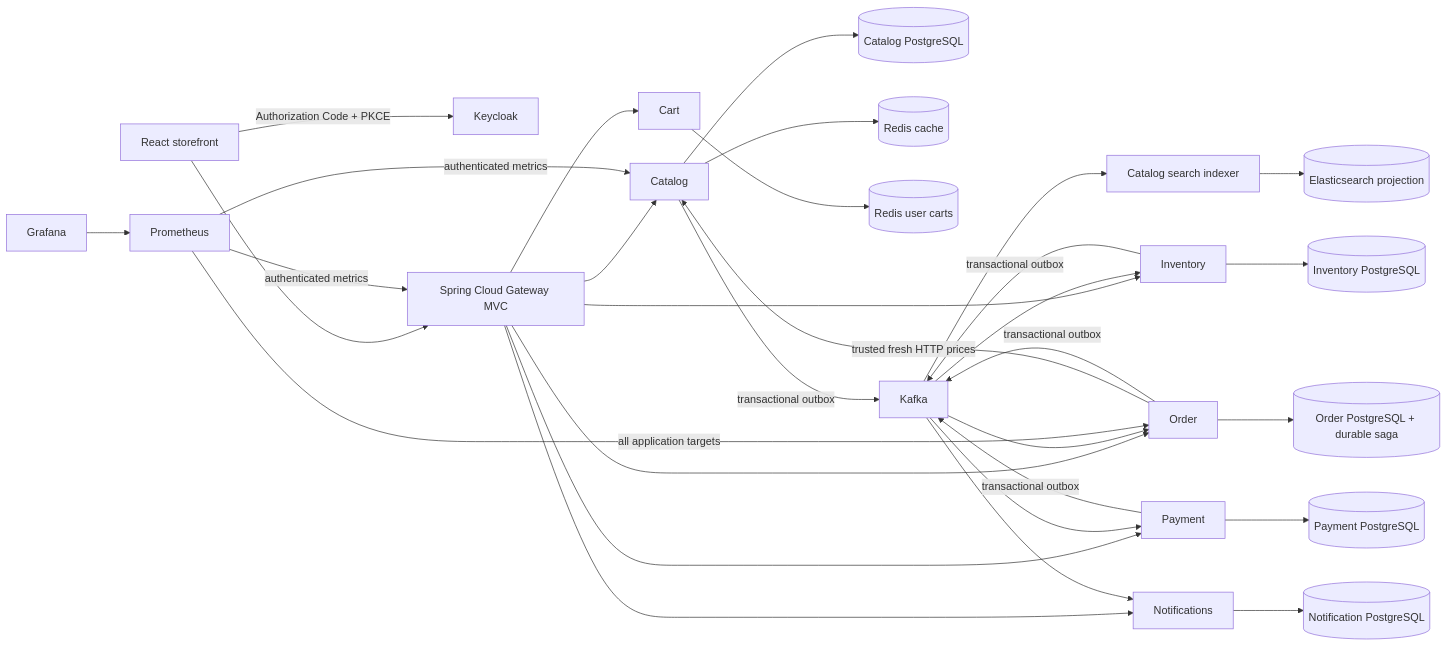
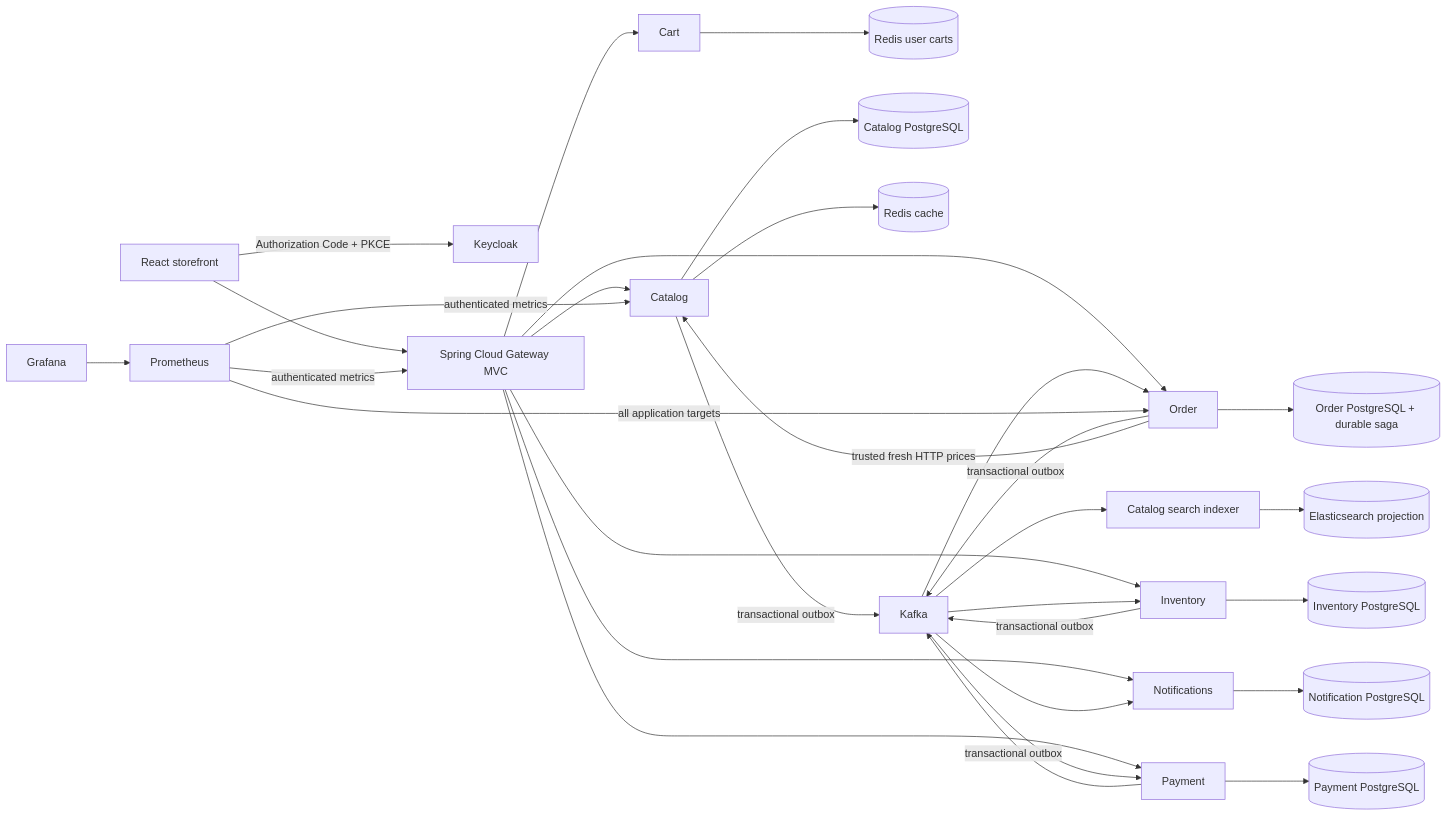
One commit to odvlc/commerceflow changed the diagram in docs/architecture.md. Above: the diagram before and after it, drawn with Mermaid. The commit also changed other lines of this file and 17 other files, not shown here.

````diff
--- a/docs/architecture.md
+++ b/docs/architecture.md
@@ -8,33 +8,33 @@
 ```mermaid
 flowchart LR
     Browser[React storefront] -->|Authorization Code + PKCE| Keycloak
     Browser --> Gateway[Spring Cloud Gateway MVC]
-    Gateway --> Catalog
-    Gateway --> Cart
-    Gateway --> Order
-    Gateway --> Inventory
-    Gateway --> Payment
-    Gateway --> Notifications
+    Cart --> RedisCart[(Redis user carts)]
     Catalog --> CatalogDB[(Catalog PostgreSQL)]
     Catalog --> Redis[(Redis cache)]
-    Cart --> RedisCart[(Redis user carts)]
+    Catalog -->|transactional outbox| Kafka
+    Gateway --> Cart
+    Gateway --> Catalog
+    Gateway --> Inventory
+    Gateway --> Notifications
+    Gateway --> Order
+    Gateway --> Payment
+    Grafana --> Prometheus
+    Indexer --> Search[(Elasticsearch projection)]
+    Inventory --> StockDB[(Inventory PostgreSQL)]
+    Inventory -->|transactional outbox| Kafka
+    Kafka --> Indexer[Catalog search indexer]
+    Kafka --> Inventory
+    Kafka --> Notifications
+    Kafka --> Order
+    Kafka --> Payment
+    Notifications --> NoticeDB[(Notification PostgreSQL)]
+    Order --> OrderDB[(Order PostgreSQL + durable saga)]
+    Order -->|transactional outbox| Kafka
     Order -->|trusted fresh HTTP prices| Catalog
-    Order --> OrderDB[(Order PostgreSQL + durable saga)]
-    Inventory --> StockDB[(Inventory PostgreSQL)]
     Payment --> PaymentDB[(Payment PostgreSQL)]
-    Notifications --> NoticeDB[(Notification PostgreSQL)]
-    Catalog -->|transactional outbox| Kafka
-    Order -->|transactional outbox| Kafka
-    Kafka --> Inventory
-    Inventory -->|transactional outbox| Kafka
-    Kafka --> Payment
     Payment -->|transactional outbox| Kafka
-    Kafka --> Order
-    Kafka --> Notifications
-    Kafka --> Indexer[Catalog search indexer]
-    Indexer --> Search[(Elasticsearch projection)]
+    Prometheus -->|all application targets| Order
+    Prometheus -->|authenticated metrics| Catalog
     Prometheus -->|authenticated metrics| Gateway
-    Prometheus -->|authenticated metrics| Catalog
-    Prometheus -->|all application targets| Order
-    Grafana --> Prometheus
 ```
````
